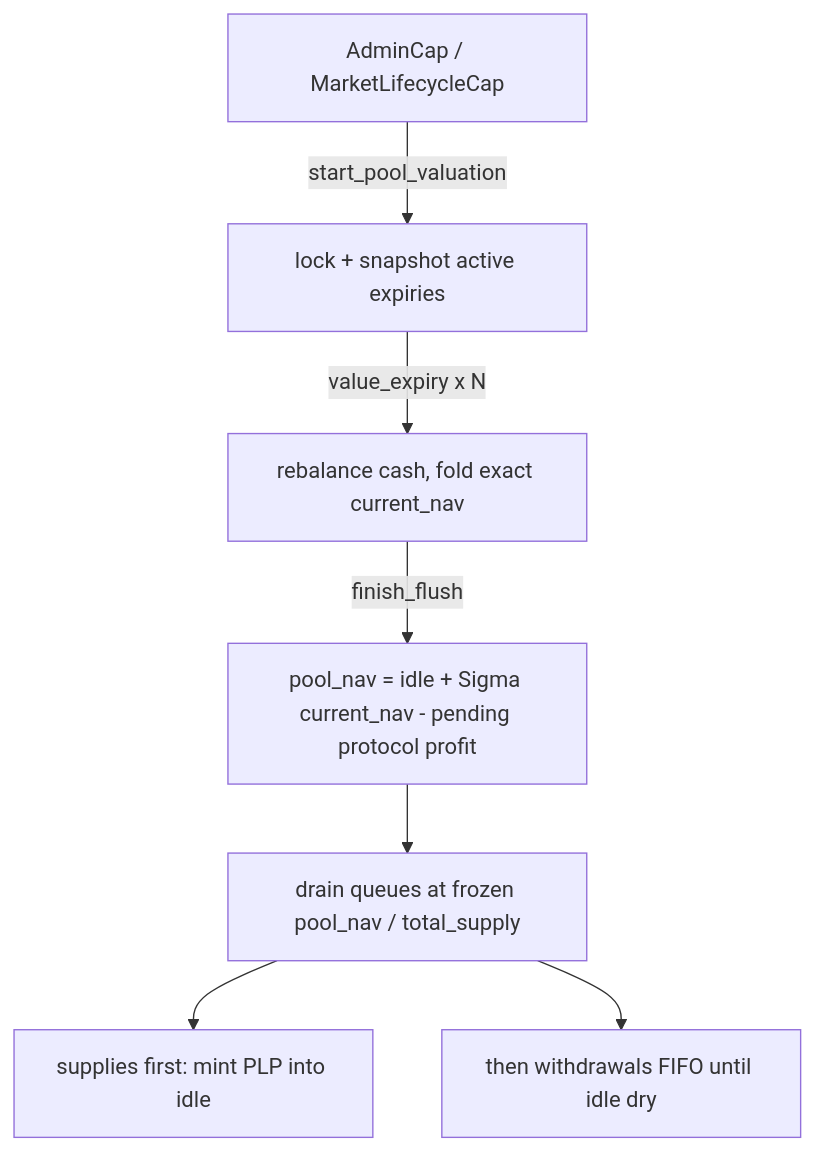
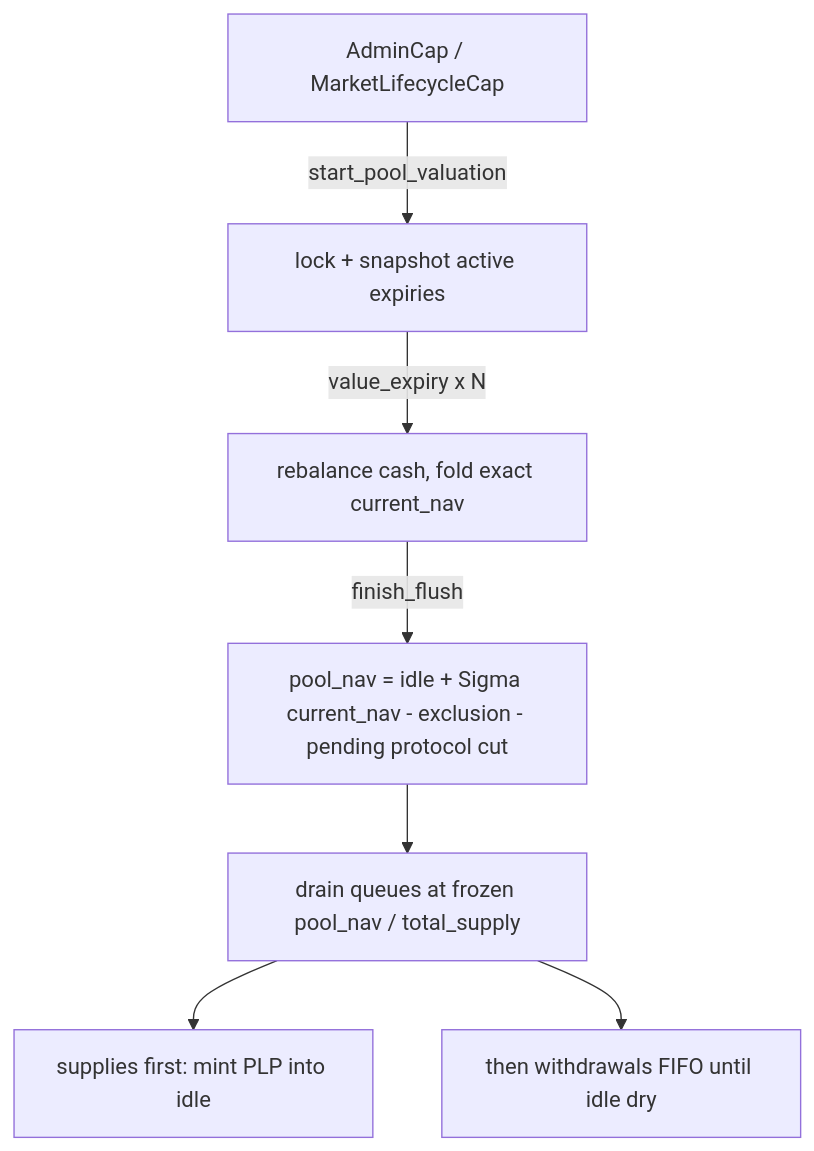
The diagram in packages/predict/docs/concepts/liquidity-and-nav.md (MystenLabs/deepbookv3), drawn with Mermaid before and after one commit. The commit also changed other lines of this file and 13 other files, not shown here.

````diff
--- a/packages/predict/docs/concepts/liquidity-and-nav.md
+++ b/packages/predict/docs/concepts/liquidity-and-nav.md
@@ -72,9 +77,9 @@
 ```mermaid
 flowchart TD
   CAP[AdminCap / MarketLifecycleCap] -->|start_pool_valuation| LOCK[lock + snapshot active expiries]
   LOCK -->|value_expiry x N| EXP[rebalance cash, fold exact current_nav]
-  EXP -->|finish_flush| NAV[pool_nav = idle + Sigma current_nav - pending protocol profit]
+  EXP -->|finish_flush| NAV[pool_nav = idle + Sigma current_nav - exclusion - pending protocol cut]
   NAV --> DRAIN[drain queues at frozen pool_nav / total_supply]
   DRAIN --> SUP[supplies first: mint PLP into idle]
   DRAIN --> WD[then withdrawals FIFO until idle dry]
 ```
````
